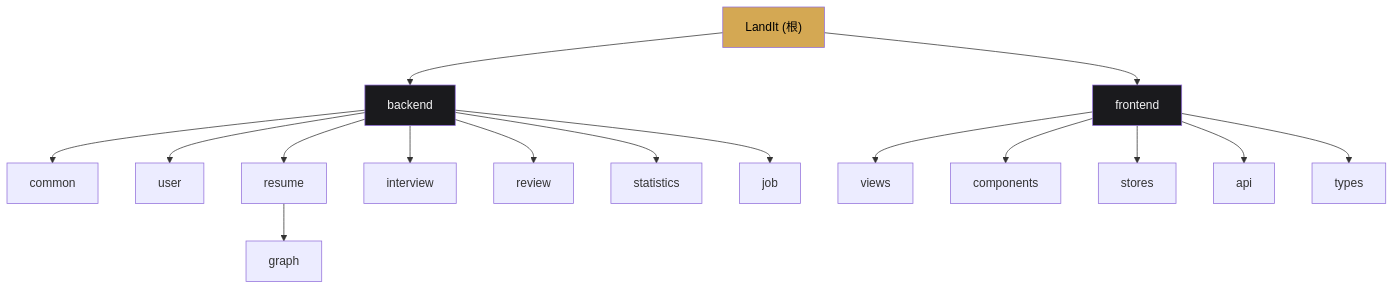
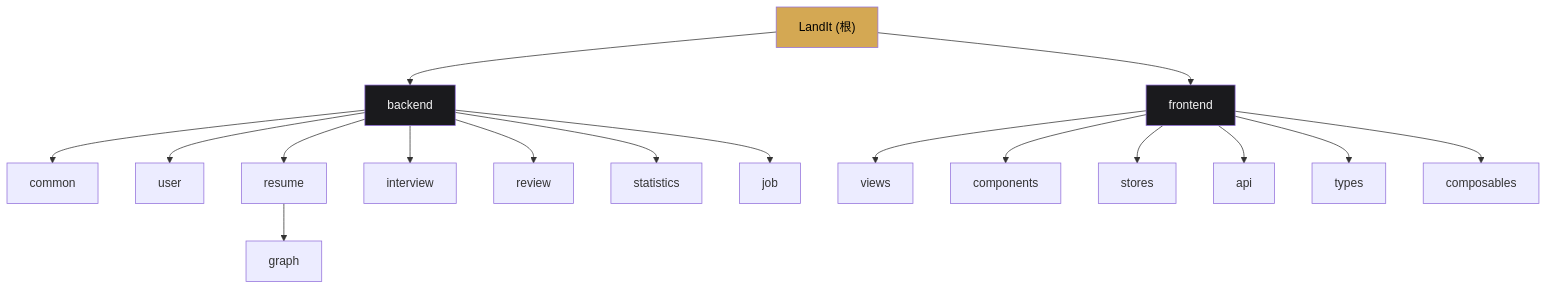
Before and after one commit to AzirZsk/CareerForge: the diagram in CLAUDE.md, drawn with Mermaid. The commit also changed other lines of this file and 21 other files, not shown here.

````diff
--- a/CLAUDE.md
+++ b/CLAUDE.md
@@ -58,28 +59,29 @@
 ```mermaid
 graph TD
     A["LandIt (根)"] --> B["backend"]
     A --> C["frontend"]
 
     B --> B1["common"]
     B --> B2["user"]
     B --> B3["resume"]
     B --> B4["interview"]
     B --> B5["review"]
     B --> B6["statistics"]
     B --> B7["job"]
 
     B3 --> B3a["graph"]
 
     C --> C1["views"]
     C --> C2["components"]
     C --> C3["stores"]
     C --> C4["api"]
     C --> C5["types"]
+    C --> C6["composables"]
 
     click B "./backend/CLAUDE.md" "查看 backend 模块文档"
     click C "./frontend/CLAUDE.md" "查看 frontend 模块文档"
 
     style A fill:#d4a853,color:#000
     style B fill:#1a1a1d,color:#f4f4f5
     style C fill:#1a1a1d,color:#f4f4f5
 ```
````
